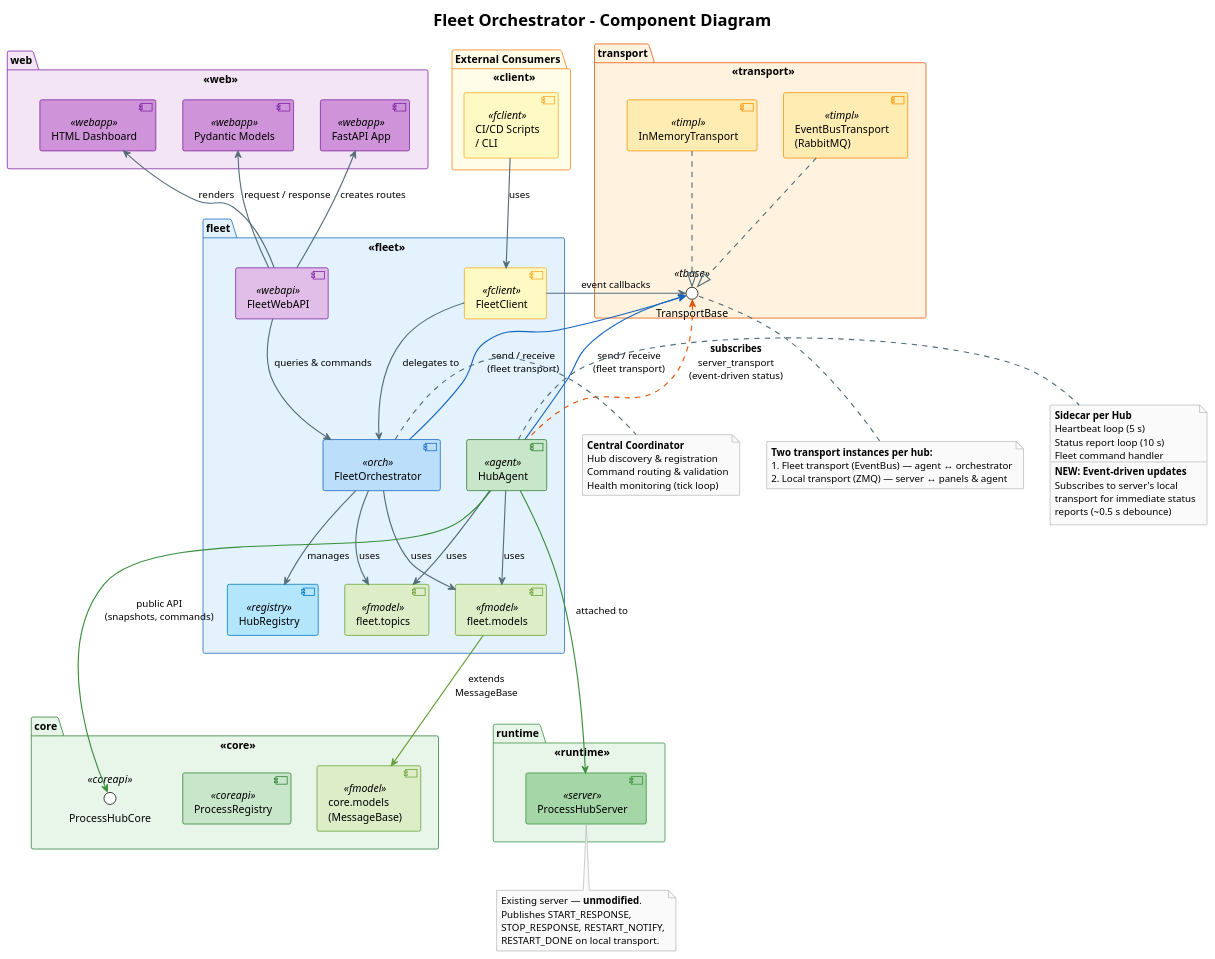
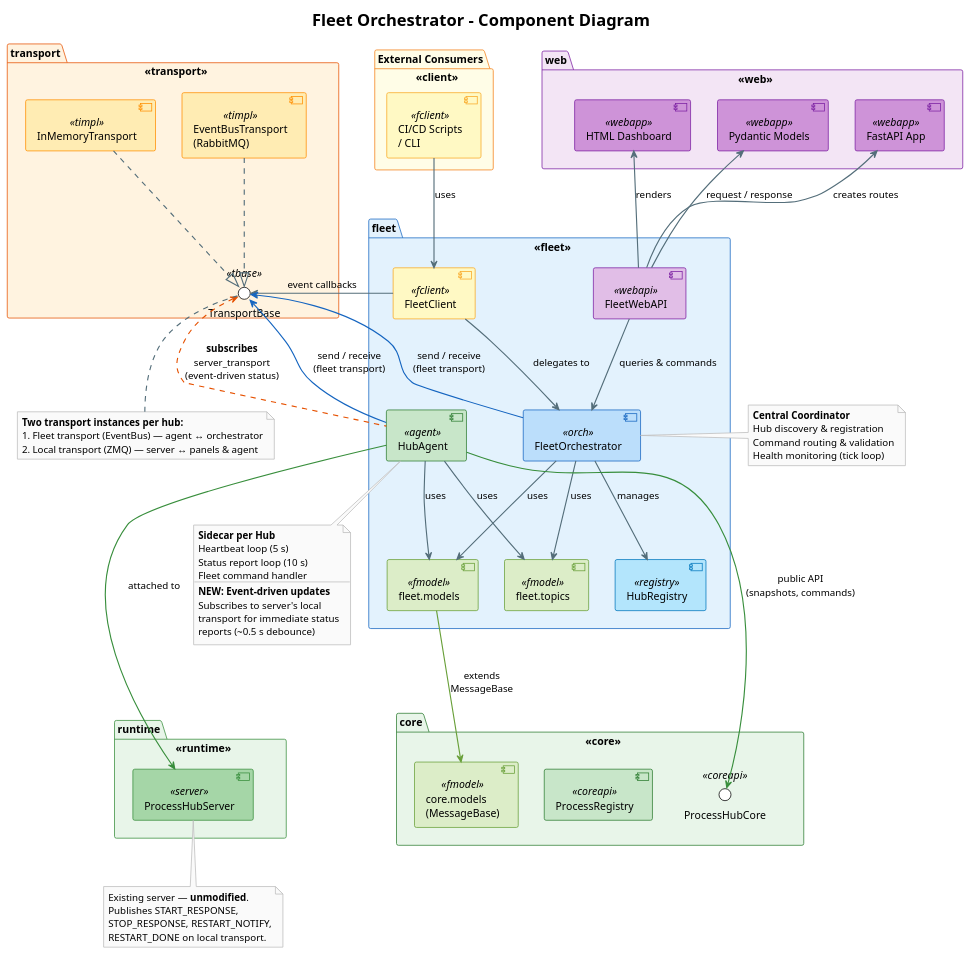
Before and after one commit to test-fullautomation/python-process-hub: the diagram in docs/diagrams/fleet_component.puml, drawn with PlantUML. The commit also changed 3 other files, not shown here.

Commit message:
-Update docs and diagrams

```diff
--- a/docs/diagrams/fleet_component.puml
+++ b/docs/diagrams/fleet_component.puml
@@ -170,14 +170,10 @@
 ' Notes
 ' ============================================================================
 
-note right of orchestrator
-  **Central Coordinator**
-  Hub discovery & registration
-  Command routing & validation
-  Health monitoring (tick loop)
-end note
+note "**Central Coordinator**\nHub discovery & registration\nCommand routing & validation\nHealth monitoring (tick loop)" as coord_note
+orchestrator -right- coord_note
 
-note right of hub_agent
+note bottom of hub_agent
   **Sidecar per Hub**
   Heartbeat loop (5 s)
   Status report loop (10 s)
```
